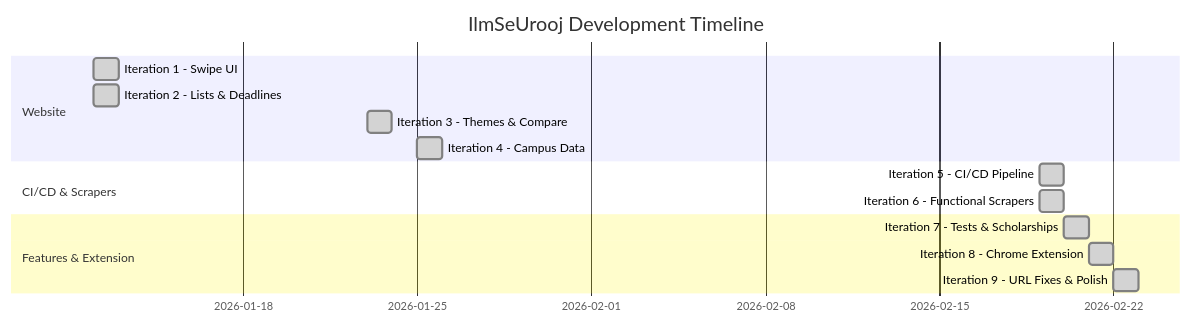
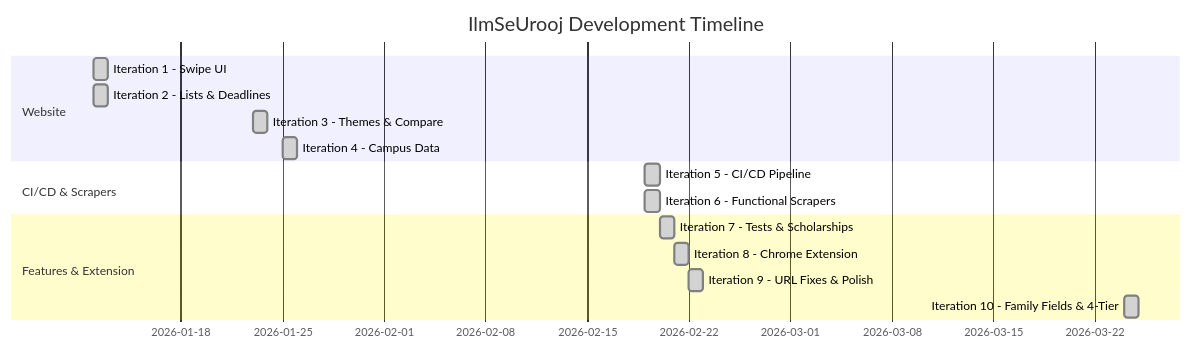
Before and after one commit to bilalahmadsheikh/IlmSeUrooj: the diagram in docs/DEVELOPMENT-HISTORY.md, drawn with Mermaid. The commit also changed other lines of this file and 5 other files, not shown here.

First line of the commit message:
docs: update all docs for Iteration 10 (parent/family fields + autofill tiers)

````diff
--- a/docs/DEVELOPMENT-HISTORY.md
+++ b/docs/DEVELOPMENT-HISTORY.md
@@ -9,17 +9,18 @@
 ```mermaid
 gantt
     title IlmSeUrooj Development Timeline
     dateFormat YYYY-MM-DD
     section Website
     Iteration 1 - Swipe UI           :done, 2026-01-12, 1d
     Iteration 2 - Lists & Deadlines  :done, 2026-01-12, 1d
     Iteration 3 - Themes & Compare   :done, 2026-01-23, 1d
     Iteration 4 - Campus Data        :done, 2026-01-25, 1d
     section CI/CD & Scrapers
     Iteration 5 - CI/CD Pipeline     :done, 2026-02-19, 1d
     Iteration 6 - Functional Scrapers:done, 2026-02-19, 1d
     section Features & Extension
     Iteration 7 - Tests & Scholarships:done, 2026-02-20, 1d
     Iteration 8 - Chrome Extension   :done, 2026-02-21, 1d
     Iteration 9 - URL Fixes & Polish :done, 2026-02-22, 1d
+    Iteration 10 - Family Fields & 4-Tier:done, 2026-03-24, 1d
 ```
````
